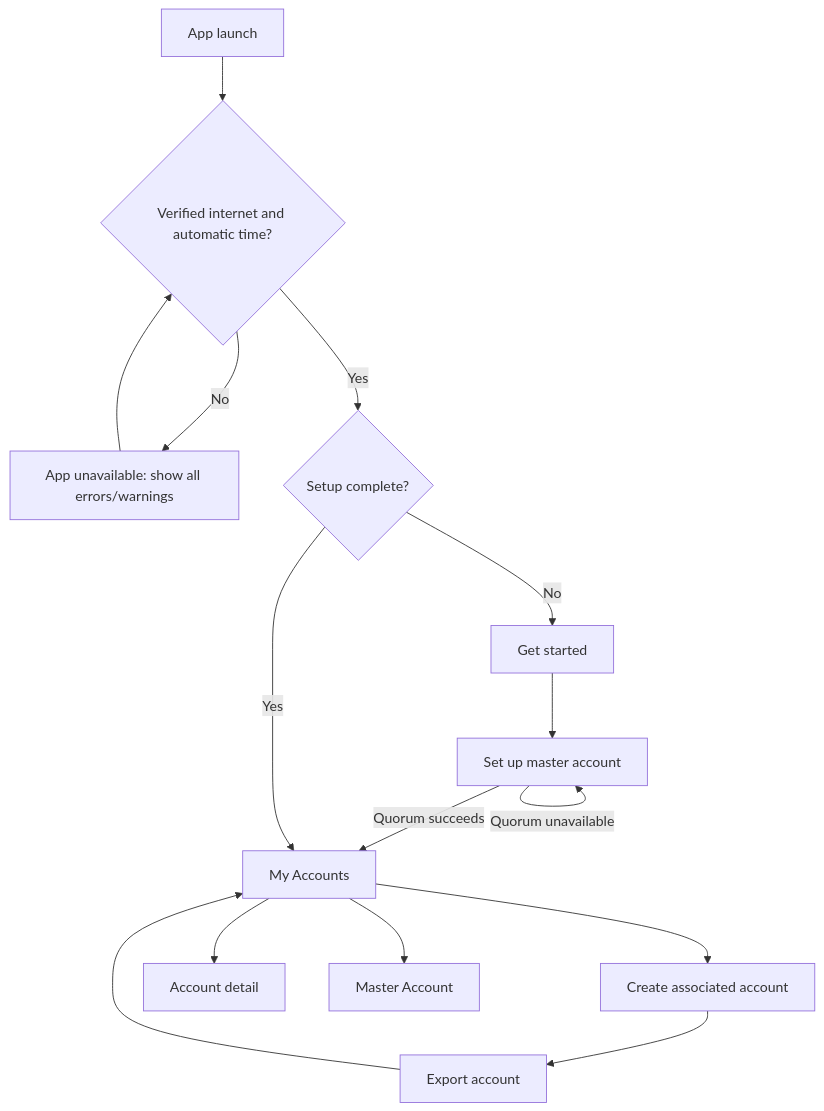
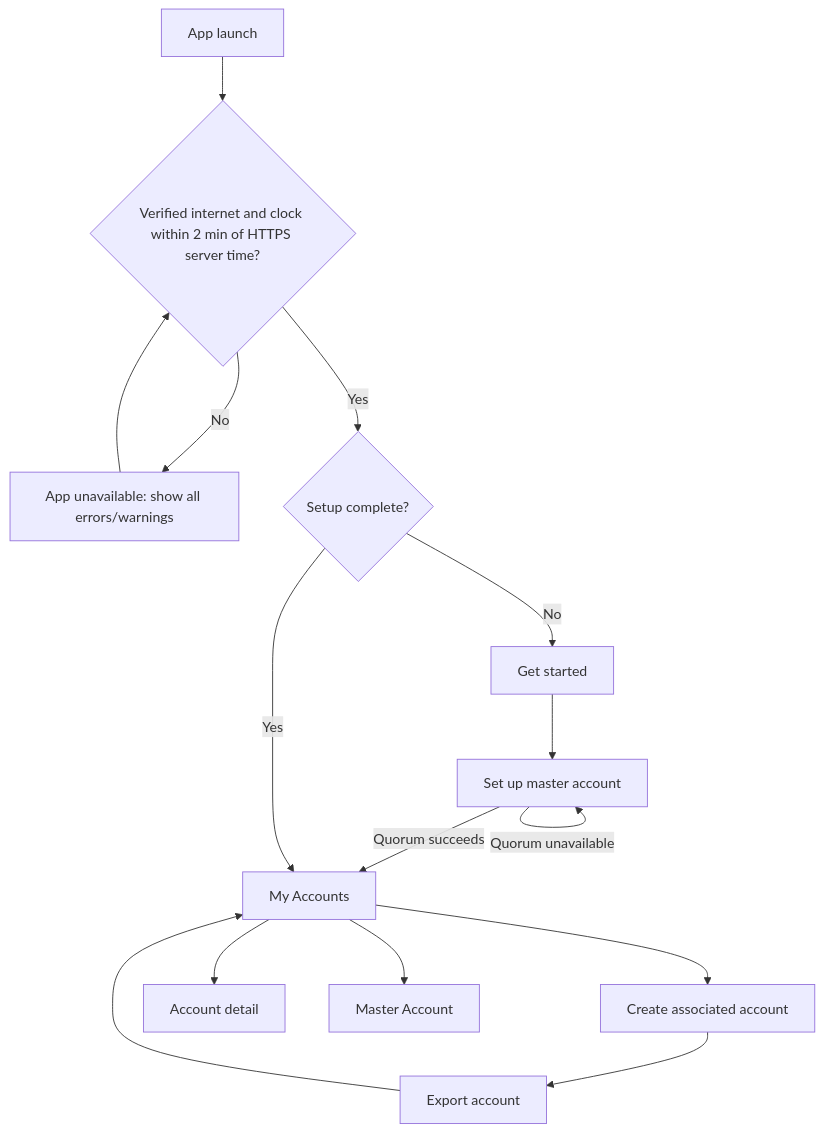
Before and after one commit to ZenTenApp/vault-kotlin: the diagram in docs/stakeholder/screens-and-states.md, drawn with Mermaid. The commit also changed other lines of this file and 7 other files, not shown here.

Commit message:
feat: verify vault clock against HTTPS server time

````diff
--- a/docs/stakeholder/screens-and-states.md
+++ b/docs/stakeholder/screens-and-states.md
@@ -28,17 +28,17 @@
 ```mermaid
 flowchart TD
-    R[App launch] --> P{Verified internet and automatic time?}
+    R[App launch] --> P{Verified internet and clock within 2 min of HTTPS server time?}
     P -- No --> U[App unavailable: show all errors/warnings]
     U --> P
     P -- Yes --> S{Setup complete?}
     S -- No --> G[Get started]
     G --> M[Set up master account]
     M -- Quorum succeeds --> A[My Accounts]
     M -- Quorum unavailable --> M
     S -- Yes --> A
     A --> N[Create associated account]
     N --> EX[Export account]
     EX --> A
     A --> D[Account detail]
     A --> MA[Master Account]
 ```
````
